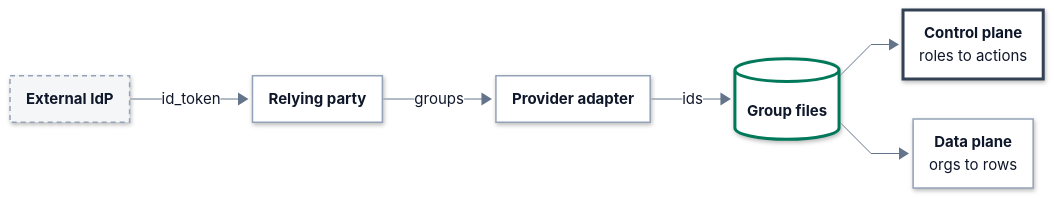
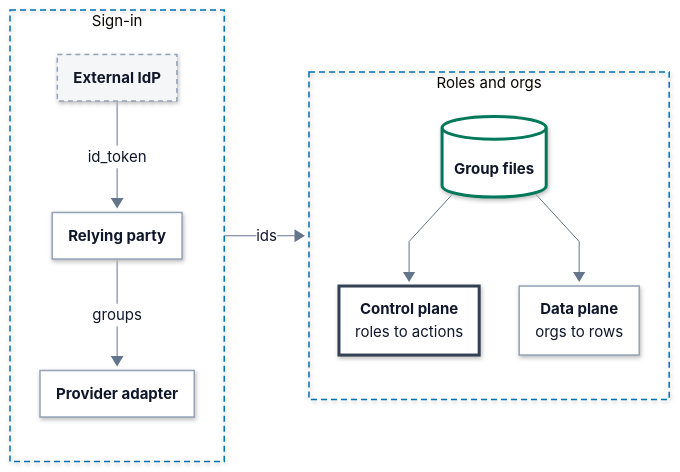
The diagram in docs/control-plane/oidc-rbac-architecture.md (hyperi-io/dfe-engine), drawn with Mermaid before and after one commit. The commit also changed 32 other files, not shown here.

First line of the commit message:
docs(architecture): engine page to the standard, diagrams to 860 px (#1209)

````diff
--- a/docs/control-plane/oidc-rbac-architecture.md
+++ b/docs/control-plane/oidc-rbac-architecture.md
@@ -89,18 +89,27 @@
   accTitle: L4 Detail -- OIDC sign-in layers
   accDescr: The external IdP authenticates the user and hands the engine an id_token. The engine's relying party validates it and re-mints an engine token. The provider adapter turns the raw group references into group ids, the group files map them to roles and org ids, and those feed the control plane and the data plane.
 
-  idp["<b>External IdP</b>"]
-  rp["<b>Relying party</b>"]
-  adapt["<b>Provider adapter</b>"]
-  files[("<b>Group files</b>")]
-  ctrl["<b>Control plane</b><br/><span>roles to actions</span>"]
-  data["<b>Data plane</b><br/><span>orgs to rows</span>"]
-
-  idp -->|id_token| rp
-  rp -->|groups| adapt
-  adapt -->|ids| files
-  files --> ctrl
-  files --> data
+  subgraph SIGNIN["Sign-in"]
+    direction TB
+    idp["<b>External IdP</b>"]
+    rp["<b>Relying party</b>"]
+    adapt["<b>Provider adapter</b>"]
+    idp -->|id_token| rp
+    rp -->|groups| adapt
+  end
+  subgraph RESOLVE["Roles and orgs"]
+    direction TB
+    files[("<b>Group files</b>")]
+    ctrl["<b>Control plane</b><br/><span>roles to actions</span>"]
+    data["<b>Data plane</b><br/><span>orgs to rows</span>"]
+    files --> ctrl
+    files --> data
+  end
+  SIGNIN -->|ids| RESOLVE
+  class idp ext
+  class files store
+  class ctrl control
+  class rp,adapt,data part
   classDef ext fill:#F4F6F8,stroke:#94A3B8,stroke-width:1.5px,stroke-dasharray:5 4,color:#0F172A
   classDef ingest fill:#FFFFFF,stroke:#0E8A7D,stroke-width:3px,color:#0F172A
   classDef xform fill:#FFFFFF,stroke:#7B4FB0,stroke-width:3px,color:#0F172A
@@ -112,8 +121,6 @@
   classDef error fill:#FFFFFF,stroke:#C2410C,stroke-width:3px,color:#0F172A
   classDef control fill:#FFFFFF,stroke:#334155,stroke-width:3px,color:#0F172A
   classDef part fill:#FFFFFF,stroke:#94A3B8,stroke-width:1.5px,color:#0F172A
-  class idp ext
-  class files store
-  class ctrl control
-  class rp,adapt,data part
+  style SIGNIN fill:none,stroke:#0072B2,stroke-width:1.5px,stroke-dasharray:6 4
+  style RESOLVE fill:none,stroke:#0072B2,stroke-width:1.5px,stroke-dasharray:6 4
 ```
````
